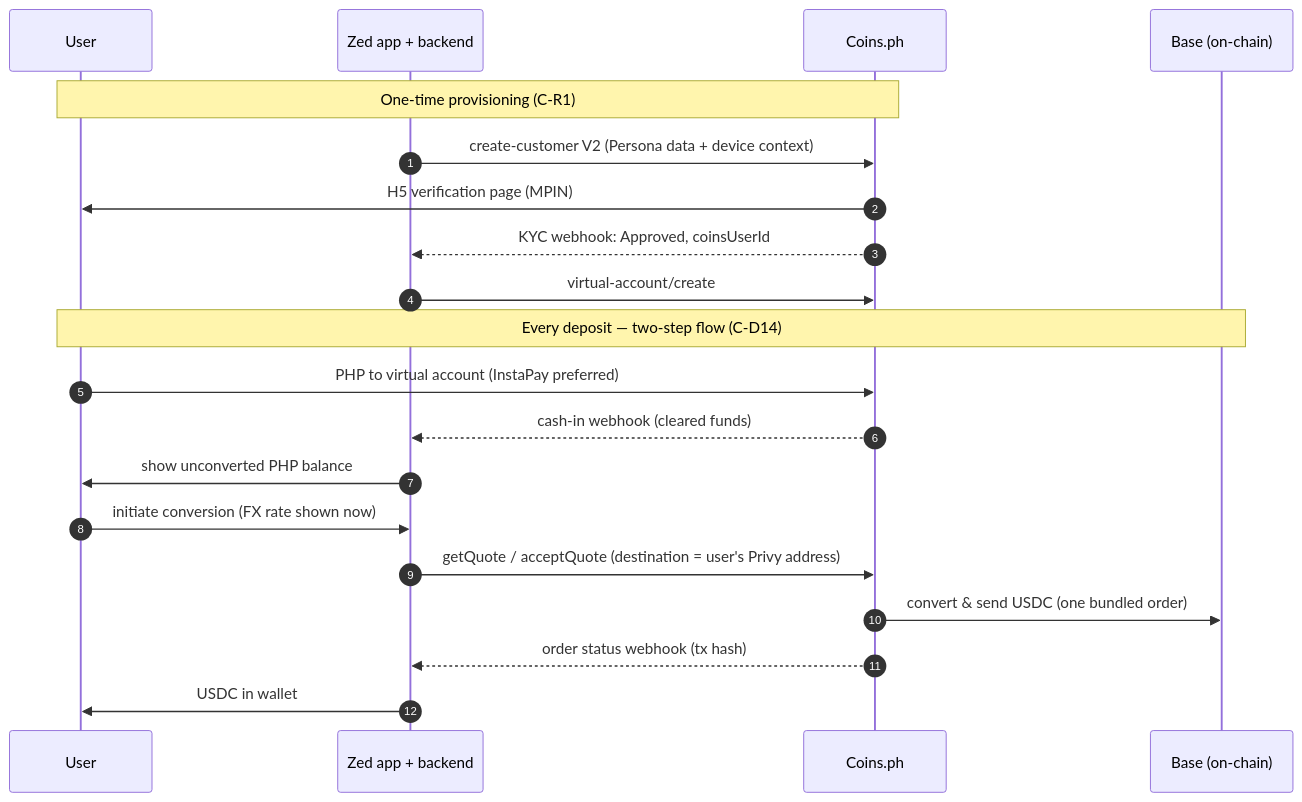
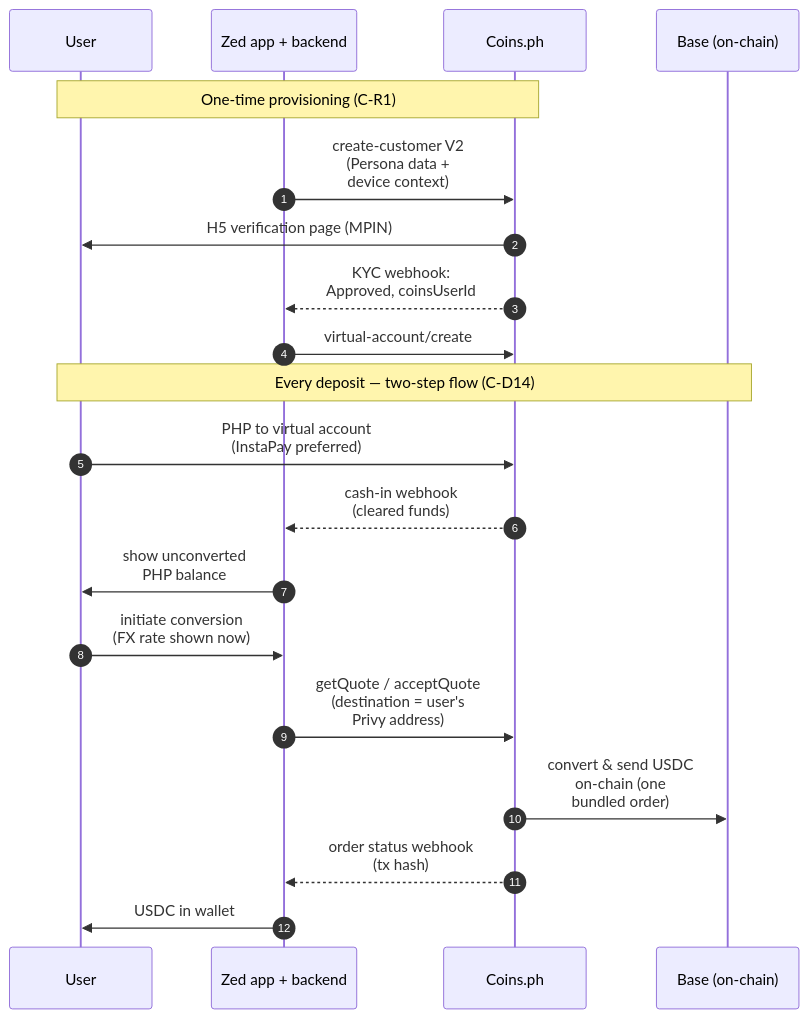
The diagram in tracks/c-usdc-vasp-privy/research/diagrams/onramp-seq.mmd (STAbraham/stablecoin-project), drawn with Mermaid before and after one commit. The commit also changed 21 other files, not shown here.

Commit message:
Team-doc rendering fix: vertical diagram layouts, print-DPI PNGs, styled docx reference (Arial hierarchy); pipeline scripts into tools/

```diff
--- a/tracks/c-usdc-vasp-privy/research/diagrams/onramp-seq.mmd
+++ b/tracks/c-usdc-vasp-privy/research/diagrams/onramp-seq.mmd
@@ -1,20 +1,20 @@
 sequenceDiagram
     autonumber
     participant U as User
     participant Z as Zed app + backend
     participant C as Coins.ph
     participant B as Base (on-chain)
     note over U,C: One-time provisioning (C-R1)
-    Z->>C: create-customer V2 (Persona data + device context)
+    Z->>C: create-customer V2<br/>(Persona data +<br/>device context)
     C->>U: H5 verification page (MPIN)
-    C-->>Z: KYC webhook: Approved, coinsUserId
+    C-->>Z: KYC webhook:<br/>Approved, coinsUserId
     Z->>C: virtual-account/create
     note over U,B: Every deposit — two-step flow (C-D14)
-    U->>C: PHP to virtual account (InstaPay preferred)
-    C-->>Z: cash-in webhook (cleared funds)
-    Z->>U: show unconverted PHP balance
-    U->>Z: initiate conversion (FX rate shown now)
-    Z->>C: getQuote / acceptQuote (destination = user's Privy address)
-    C->>B: convert & send USDC (one bundled order)
-    C-->>Z: order status webhook (tx hash)
+    U->>C: PHP to virtual account<br/>(InstaPay preferred)
+    C-->>Z: cash-in webhook<br/>(cleared funds)
+    Z->>U: show unconverted<br/>PHP balance
+    U->>Z: initiate conversion<br/>(FX rate shown now)
+    Z->>C: getQuote / acceptQuote<br/>(destination = user's<br/>Privy address)
+    C->>B: convert & send USDC<br/>on-chain (one<br/>bundled order)
+    C-->>Z: order status webhook<br/>(tx hash)
     Z->>U: USDC in wallet
```
